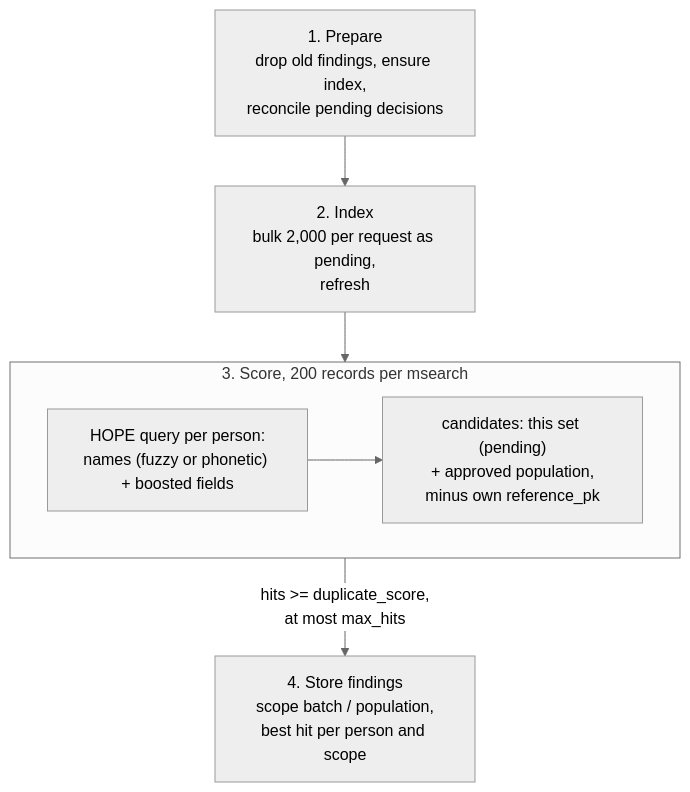
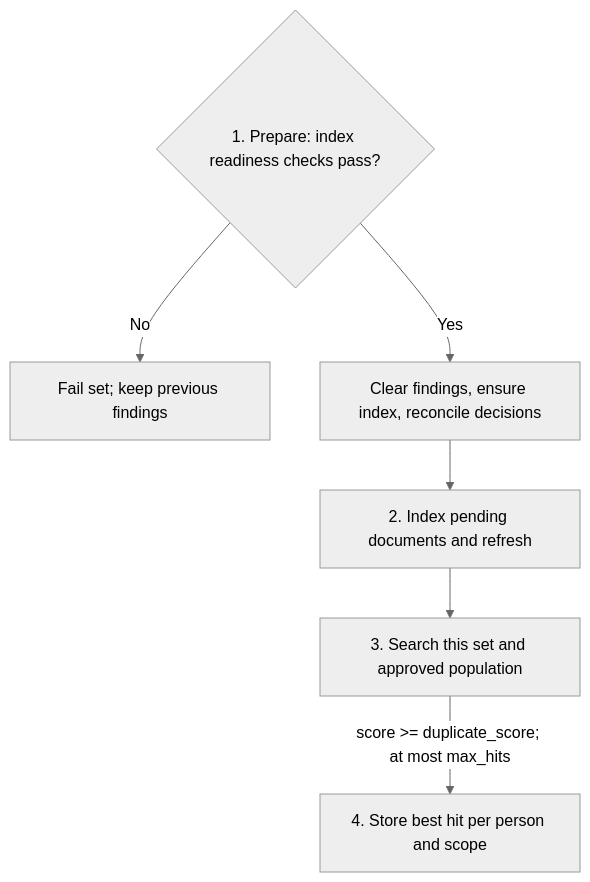
One commit to unicef/hope-dedup-engine changed the diagram in docs/src/biographic/concepts/pipeline.md. Above: the diagram before and after it, drawn with Mermaid (neutral theme). The commit also changed other lines of this file and 12 other files, not shown here.

````diff
--- a/docs/src/biographic/concepts/pipeline.md
+++ b/docs/src/biographic/concepts/pipeline.md
@@ -111,12 +119,10 @@
 ```mermaid
 flowchart TB
-    prepare["1. Prepare<br>drop old findings, ensure index,<br>reconcile pending decisions"] --> index
-    index["2. Index<br>bulk 2,000 per request as pending,<br>refresh"] --> score
-    subgraph score["3. Score, 200 records per msearch"]
-        query["HOPE query per person:<br>names (fuzzy or phonetic) + boosted fields"]
-        filter["candidates: this set (pending)<br>+ approved population,<br>minus own reference_pk"]
-        query --> filter
-    end
-    score -- "hits >= duplicate_score,<br>at most max_hits" --> store
-    store["4. Store findings<br>scope batch / population,<br>best hit per person and scope"]
+    ready{"1. Prepare: index readiness checks pass?"}
+    ready -- "No" --> failed["Fail set; keep previous findings"]
+    ready -- "Yes" --> prepare["Clear findings, ensure index, reconcile decisions"]
+    prepare --> index["2. Index pending documents and refresh"]
+    index --> score["3. Search this set and approved population"]
+    score -- "score >= duplicate_score; at most max_hits" --> store
+    store["4. Store best hit per person and scope"]
 ```
````
